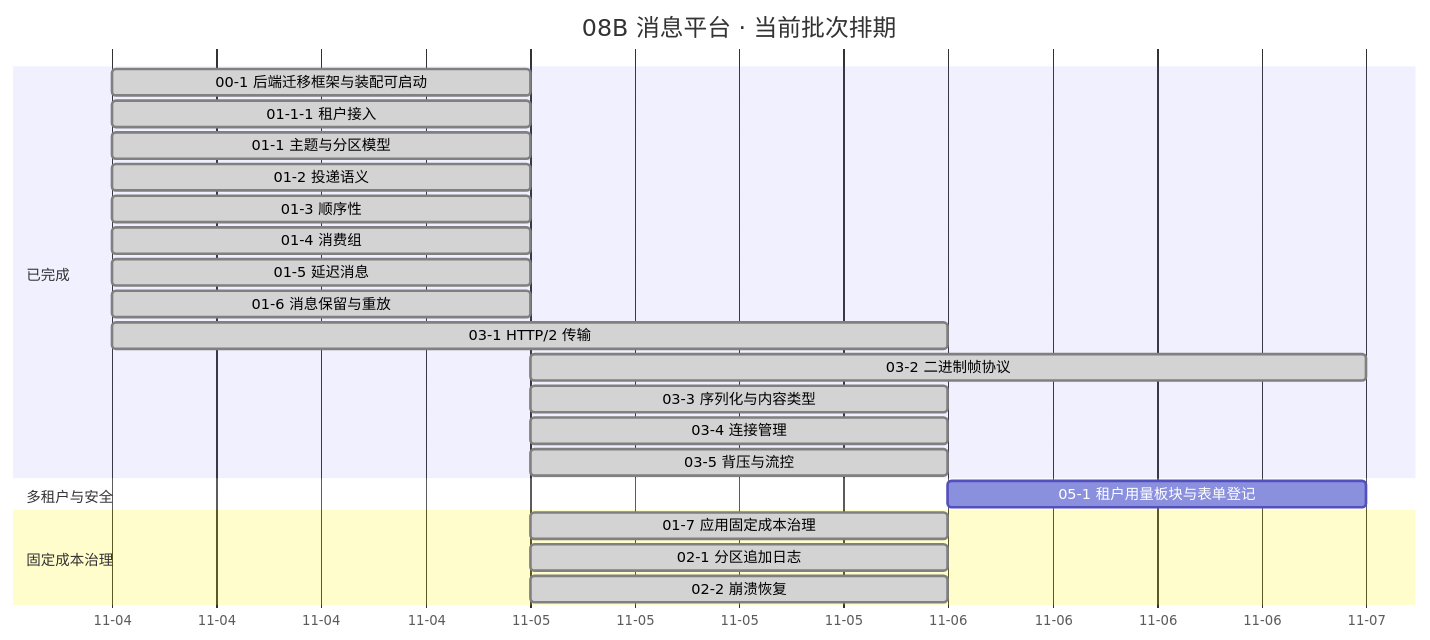
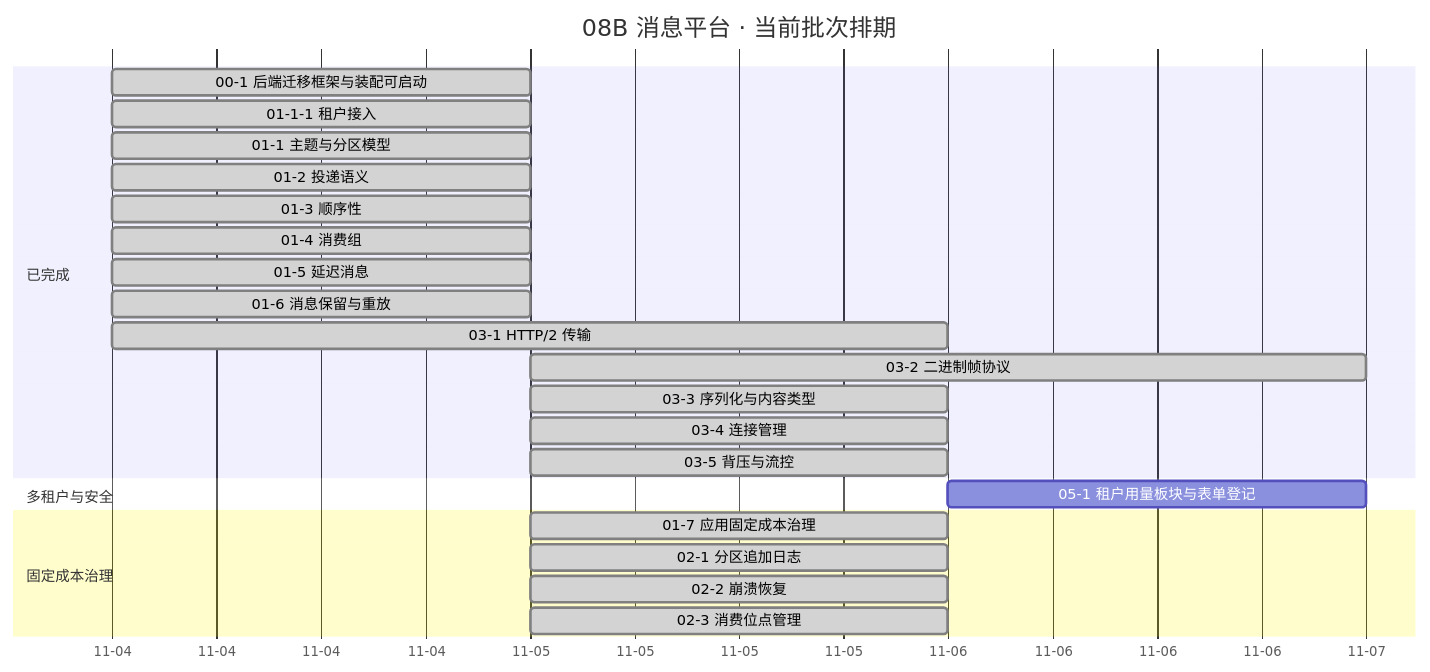
Before and after one commit to minjian123/message-platform: the diagram in msg文档/项目/08B_消息平台/计划/01_计划_消息平台.md, drawn with Mermaid. The commit also changed other lines of this file and 7 other files, not shown here.

````diff
--- a/msg文档/项目/08B_消息平台/计划/01_计划_消息平台.md
+++ b/msg文档/项目/08B_消息平台/计划/01_计划_消息平台.md
@@ -73,27 +73,28 @@
 ```mermaid
 gantt
     title 08B 消息平台 · 当前批次排期
-    %% 任务域 02：02-1/02-2/02-3/02-6/02-7 待排期、02-4/02-5 搁置（待 8B_05）；任务域 04：04-1~04-6 搁置（待 8B_02 收口）；均不入甘特
+    %% 任务域 02：02-6/02-7 待排期、02-4/02-5 搁置（待 8B_05）；任务域 04：04-1~04-6 搁置（待 8B_02 收口）；均不入甘特
     dateFormat YYYY-MM-DD
     axisFormat %m-%d
     section 已完成
     00-1 后端迁移框架与装配可启动 :done, d001, 2026-11-04, 1d
     01-1-1 租户接入 :done, d0111, 2026-11-04, 1d
     01-1 主题与分区模型 :done, t011, 2026-11-04, 1d
     01-2 投递语义 :done, t012, 2026-11-04, 1d
     01-3 顺序性 :done, t013, 2026-11-04, 1d
     01-4 消费组 :done, t014, 2026-11-04, 1d
     01-5 延迟消息 :done, t015, 2026-11-04, 1d
     01-6 消息保留与重放 :done, t016, 2026-11-04, 1d
     03-1 HTTP/2 传输 :done, t031, 2026-11-04, 2d
     03-2 二进制帧协议 :done, t032, 2026-11-05, 2d
     03-3 序列化与内容类型 :done, t033, 2026-11-05, 1d
     03-4 连接管理 :done, t034, 2026-11-05, 1d
     03-5 背压与流控 :done, t035, 2026-11-05, 1d
     section 多租户与安全
     05-1 租户用量板块与表单登记 :t051, after t035, 1d
     section 固定成本治理
     01-7 应用固定成本治理 :done, t017, 2026-11-05, 1d
     02-1 分区追加日志 :done, t021, 2026-11-05, 1d
     02-2 崩溃恢复 :done, t022, 2026-11-05, 1d
+    02-3 消费位点管理 :done, t023, 2026-11-05, 1d
 ```
````
